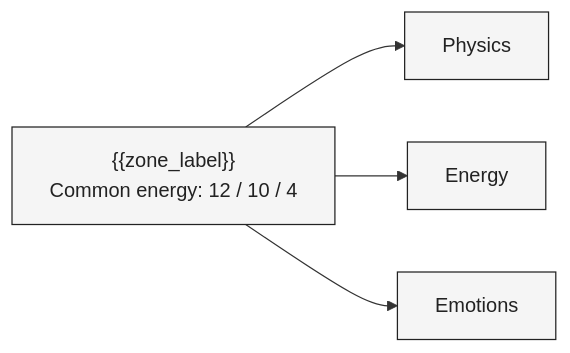
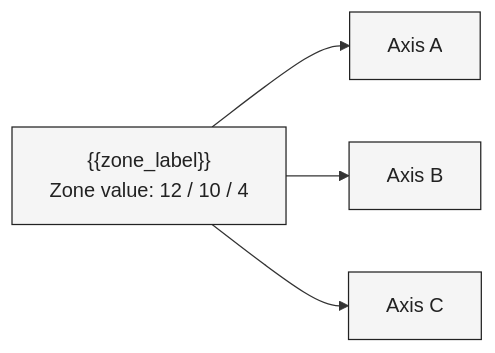
The second of 3 diagrams in template/forecast.md (noobookbig/Ommi-self), drawn with Mermaid before and after one commit. The commit also changed other lines of this file and 3 other files, not shown here.

````diff
--- a/template/forecast.md
+++ b/template/forecast.md
@@ -93,12 +93,12 @@
 ```mermaid
-%% Matrix of Destiny — placeholder table shape.
+%% Three-axis zone — placeholder table shape.
 flowchart LR
     classDef zone fill:#f5f5f5,stroke:#222,color:#222
-    Z["{{zone_label}}<br/>Common energy: 12 / 10 / 4"]:::zone
-    P["Physics"]:::zone
-    E["Energy"]:::zone
-    M["Emotions"]:::zone
+    Z["{{zone_label}}<br/>Zone value: 12 / 10 / 4"]:::zone
+    P["Axis A"]:::zone
+    E["Axis B"]:::zone
+    M["Axis C"]:::zone
     Z --> P
     Z --> E
     Z --> M
 ```
````
